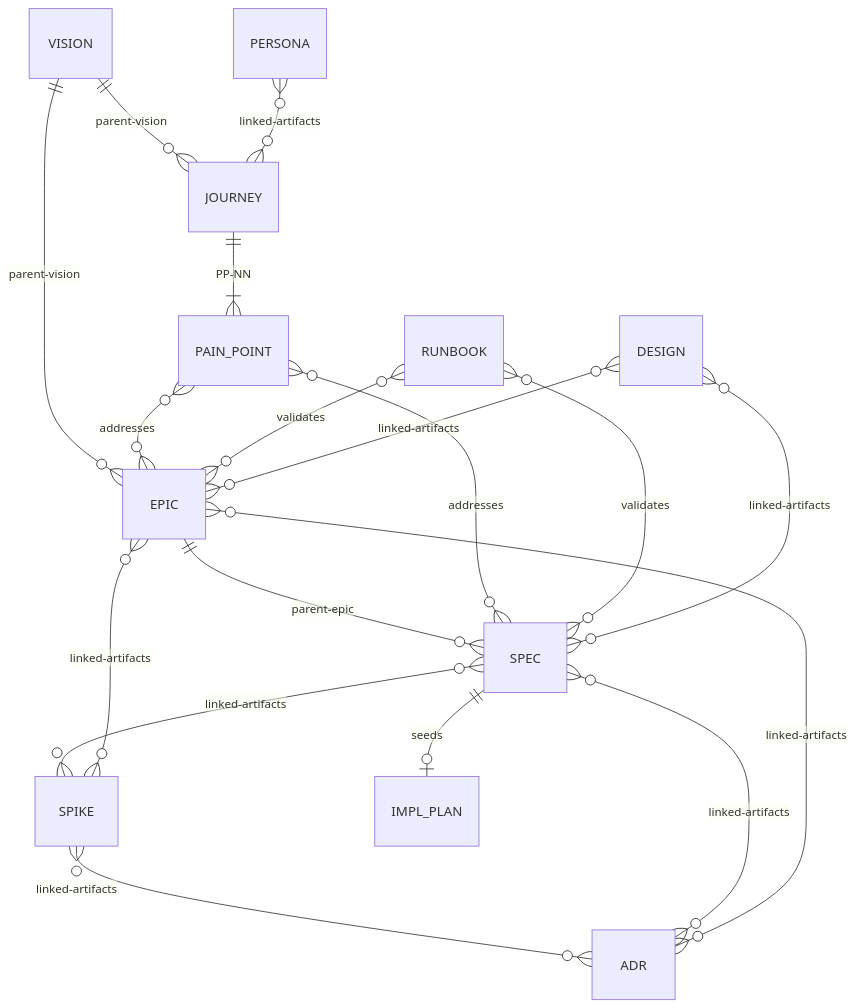
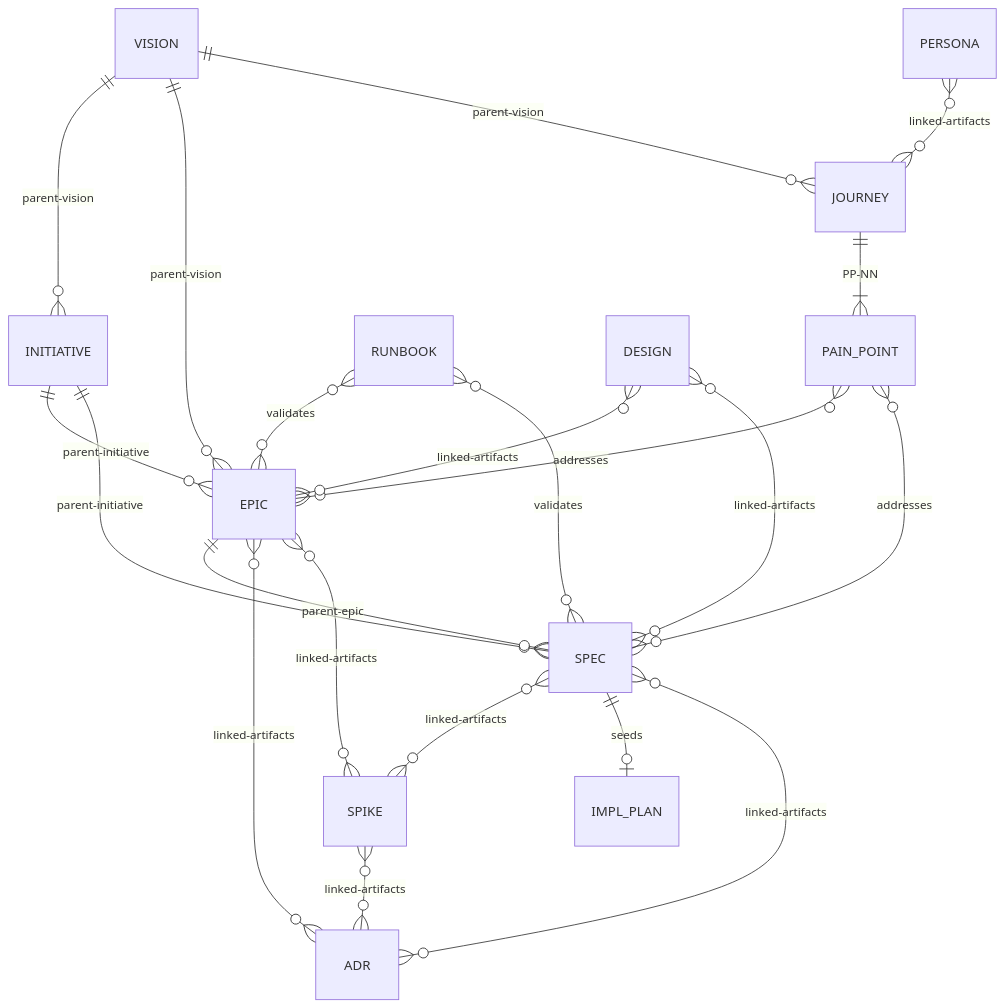
One commit to cristoslc/tidegate changed the diagram in .agents/skills/swain-design/references/relationship-model.md. Above: the diagram before and after it, drawn with Mermaid. The commit also changed other lines of this file and 134 other files, not shown here.

````diff
--- a/.agents/skills/swain-design/references/relationship-model.md
+++ b/.agents/skills/swain-design/references/relationship-model.md
@@ -3,20 +3,23 @@
 ```mermaid
 erDiagram
+    VISION ||--o{ INITIATIVE : "parent-vision"
     VISION ||--o{ EPIC : "parent-vision"
     VISION ||--o{ JOURNEY : "parent-vision"
+    INITIATIVE ||--o{ EPIC : "parent-initiative"
+    INITIATIVE ||--o{ SPEC : "parent-initiative"
     EPIC ||--o{ SPEC : "parent-epic"
     JOURNEY ||--|{ PAIN_POINT : "PP-NN"
     PAIN_POINT }o--o{ EPIC : "addresses"
     PAIN_POINT }o--o{ SPEC : "addresses"
     PERSONA }o--o{ JOURNEY : "linked-artifacts"
     ADR }o--o{ SPEC : "linked-artifacts"
     ADR }o--o{ EPIC : "linked-artifacts"
     SPEC }o--o{ SPIKE : "linked-artifacts"
     SPEC ||--o| IMPL_PLAN : "seeds"
     RUNBOOK }o--o{ EPIC : "validates"
     RUNBOOK }o--o{ SPEC : "validates"
     SPIKE }o--o{ ADR : "linked-artifacts"
     SPIKE }o--o{ EPIC : "linked-artifacts"
     DESIGN }o--o{ EPIC : "linked-artifacts"
     DESIGN }o--o{ SPEC : "linked-artifacts"
 ```
````
